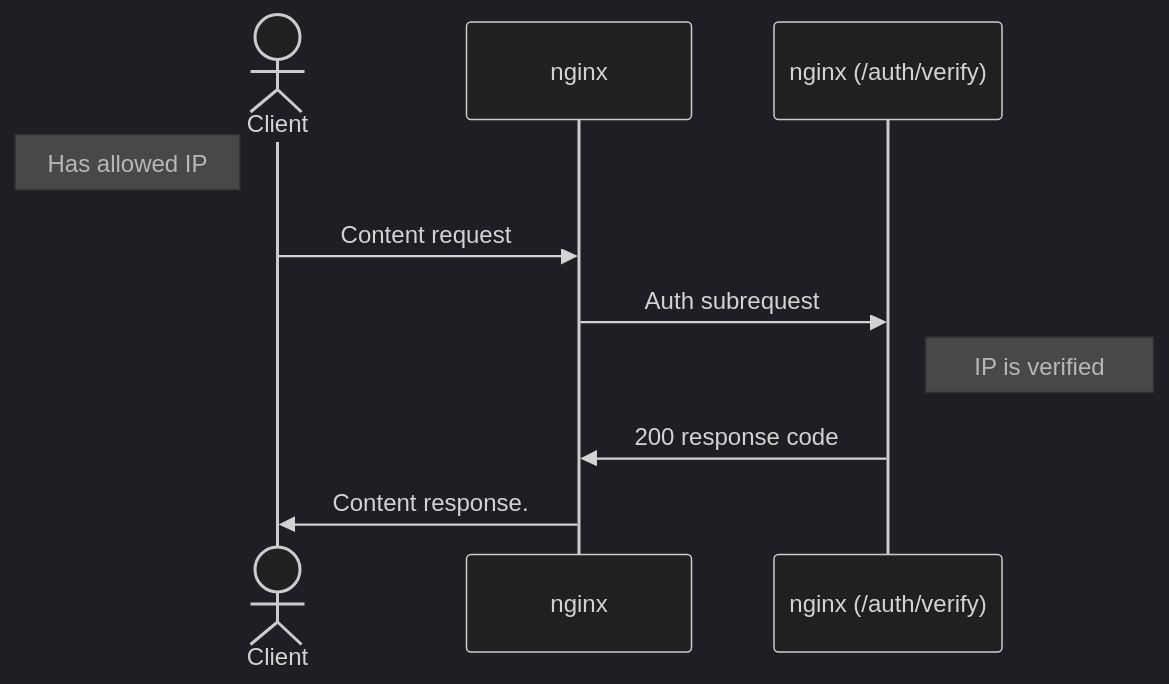
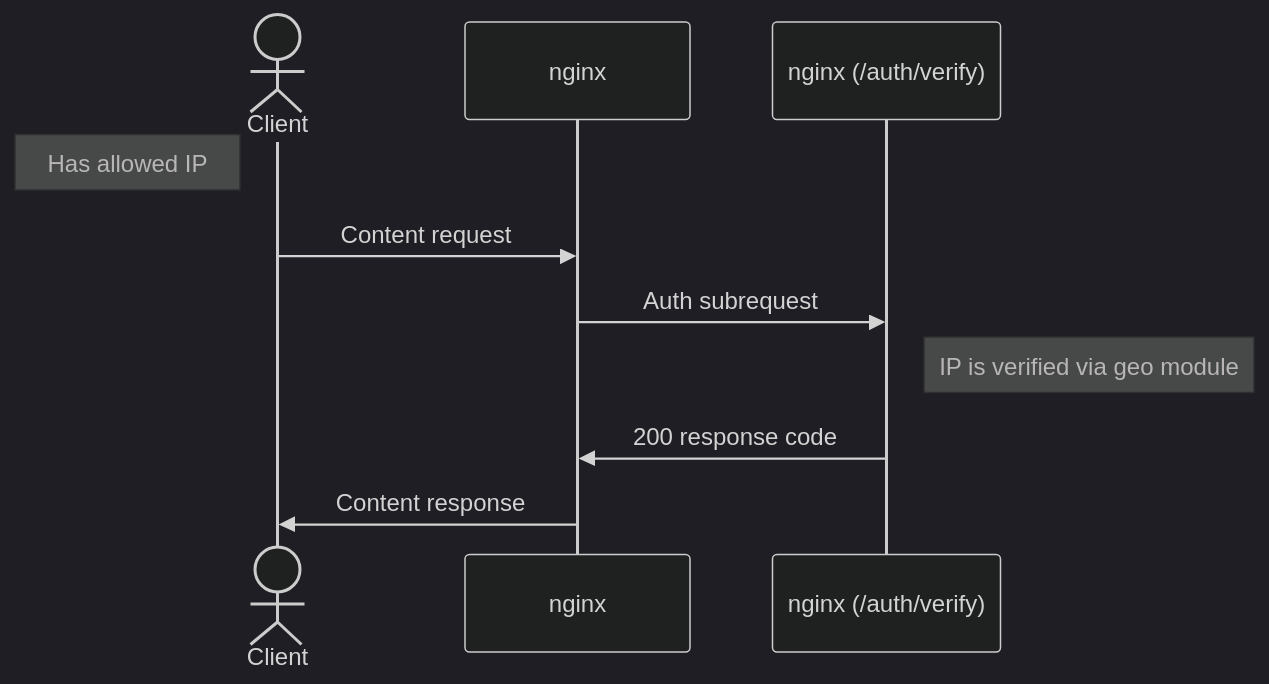
The third of 4 diagrams in .github/README.md (ministryofjustice/intranet), drawn with Mermaid (dark theme) before and after one commit. The commit also changed other lines of this file, not shown here.

Commit message:
Sketching OAuth diagram

````diff
--- a/.github/README.md
+++ b/.github/README.md
@@ -424,10 +436,10 @@
 ```mermaid
 sequenceDiagram
     actor Client
     Note left of Client: Has allowed IP
     Client->>nginx: Content request
     nginx->>nginx (/auth/verify): Auth subrequest
-    Note right of nginx (/auth/verify): IP is verified
+    Note right of nginx (/auth/verify): IP is verified via geo module
     nginx (/auth/verify)->>nginx: 200 response code
-    nginx->>Client: Content response.
+    nginx->>Client: Content response
 ```
````
